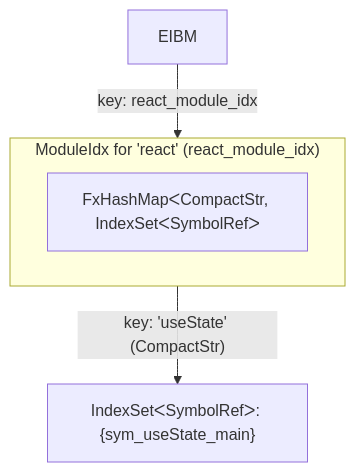
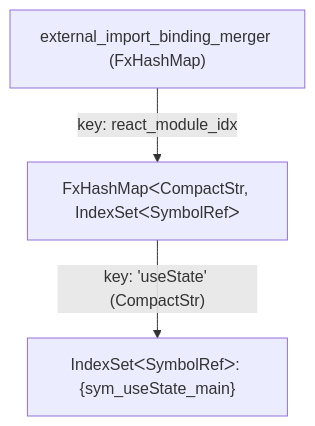
Before and after one commit to ShroXd/atriiy.dev: the fifth of 5 diagrams in app/blog/posts/rolldown-link-stage-symbol-linking-resolution.mdx, drawn with Mermaid. The commit also changed other lines of this file, not shown here.

````diff
--- a/app/blog/posts/rolldown-link-stage-symbol-linking-resolution.mdx
+++ b/app/blog/posts/rolldown-link-stage-symbol-linking-resolution.mdx
@@ -510,15 +508,9 @@
 ```mermaid
-graph TD
-    subgraph react_module_idx ["ModuleIdx for 'react' (react_module_idx)"]
-        direction LR
-        ReactMapKey["FxHashMapᐸCompactStr, IndexSetᐸSymbolRefᐳ"]
-    end
+flowchart TD
+    merger["external_import_binding_merger (FxHashMap)"]
+    hashmap["FxHashMapᐸCompactStr, IndexSetᐸSymbolRefᐳ"]
+    UseStateSet["IndexSetᐸSymbolRefᐳ: {sym_useState_main}"]
 
-    EIBM -- "key: react_module_idx" --> ReactMapKey
-
-    ReactMapKey -- "key: 'useState' (CompactStr)" --> UseStateSet["IndexSetᐸSymbolRefᐳ: {sym_useState_main}"]
-
-    class EIBM map;
-    class ReactMapKey map;
-    class UseStateSet set;
+    merger -- "key: react_module_idx" --> hashmap
+    hashmap -- "key: 'useState' (CompactStr)" --> UseStateSet
 ```
````
